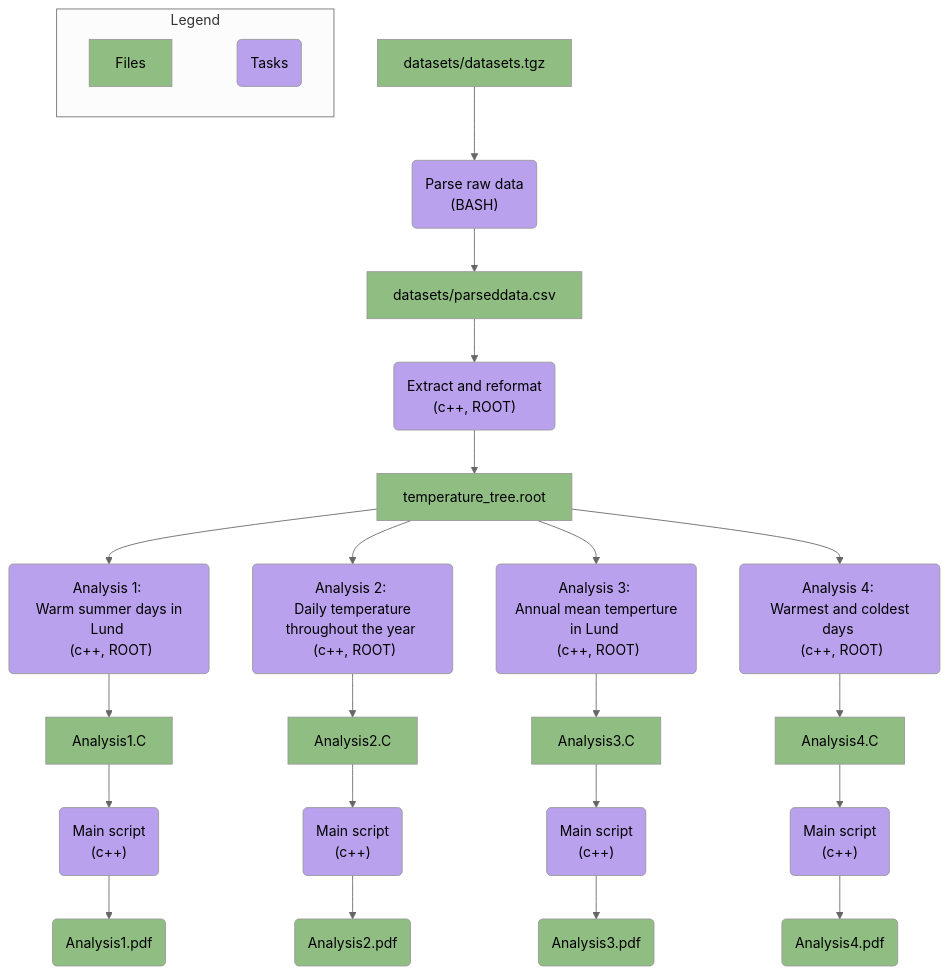
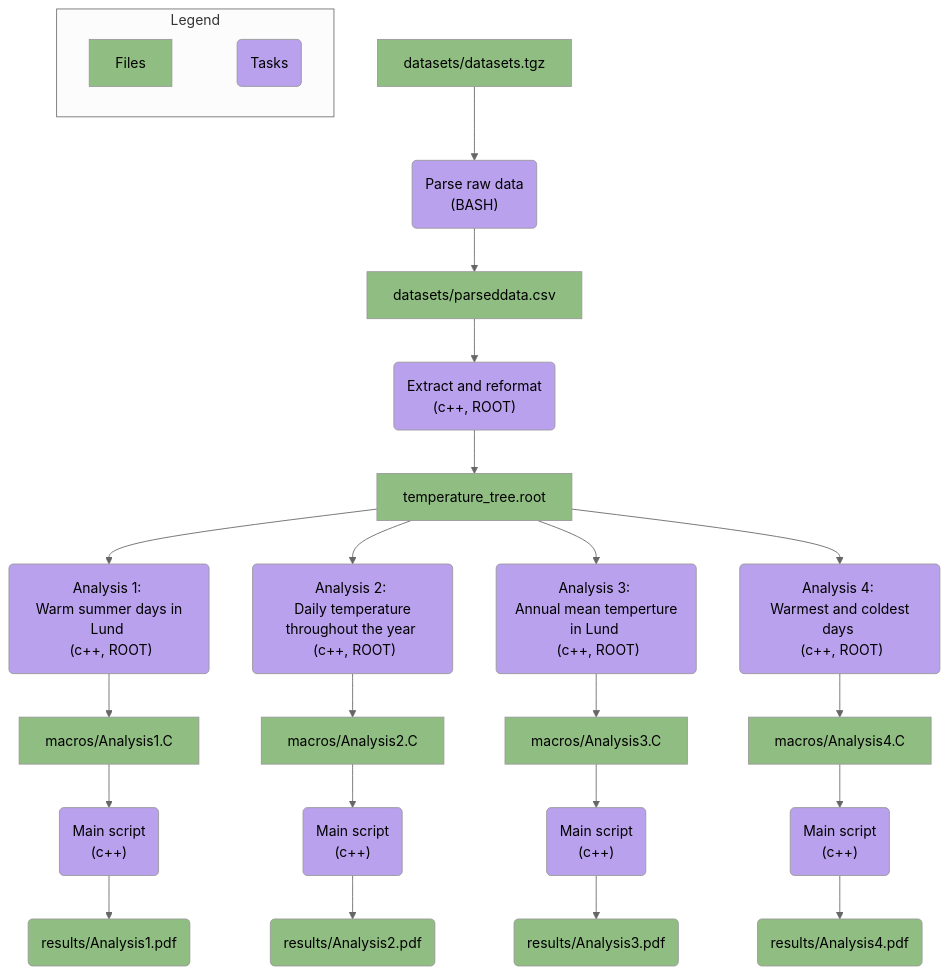
The diagram in Workplan.md (dchelidzemrics-design/MNXB11-Project), drawn with Mermaid before and after one commit.

````diff
--- a/Workplan.md
+++ b/Workplan.md
@@ -9,49 +9,49 @@
 ```mermaid
 %%{init: { 'theme':'neutral', 'fontSize': '11px'} }%%
 flowchart TD
     %% This will be the same for all analyses
     A["datasets/datasets.tgz"] --> B("Parse raw data <br> (BASH)")
     B --> C["datasets/parseddata.csv"]
     C --> D("Extract and reformat <br> (c++, ROOT)")
     D --> E["temperature_tree.root"]
 
     %% The seperate analyses
     E --> G("Analysis 1: <br> Warm summer days in Lund <br> (c++, ROOT)")
     E --> H("Analysis 2: <br> Daily temperature throughout the year <br> (c++, ROOT)")
     E --> I("Analysis 3: <br> Annual mean temperture in Lund <br> (c++, ROOT)")
     E --> J("Analysis 4: <br> Warmest and coldest days <br> (c++, ROOT)")
 
     %% Analysis 1 workflow
-    G --> G1["Analysis1.C"]
+    G --> G1["macros/Analysis1.C"]
     G1 --> G2("Main script <br> (c++)")
-    G2 --> G3("Analysis1.pdf")
+    G2 --> G3("results/Analysis1.pdf")
 
     %% Analysis 2 workflow
-    H --> H1["Analysis2.C"]
+    H --> H1["macros/Analysis2.C"]
     H1 --> H2("Main script <br> (c++)")
-    H2 --> H3("Analysis2.pdf")
+    H2 --> H3("results/Analysis2.pdf")
 
     %% Analysis 3 workflow
-    I --> I1["Analysis3.C"]
+    I --> I1["macros/Analysis3.C"]
     I1 --> I2("Main script <br> (c++)")
-    I2 --> I3("Analysis3.pdf")
+    I2 --> I3("results/Analysis3.pdf")
 
     %% Analysis 4 workflow
-    J --> J1["Analysis4.C"]
+    J --> J1["macros/Analysis4.C"]
     J1 --> J2("Main script <br> (c++)")
-    J2 --> J3("Analysis4.pdf")
+    J2 --> J3("results/Analysis4.pdf")
 
     %% Legend 
     subgraph Legend ["Legend"]
         direction LR
         L1["Files"] ~~~ L2("Tasks")
     end
 
     %% Seperate Files and Tasks into different classes
     %% with different colors
     classDef Files fill:#90bd82;
     classDef Tasks fill:#b9a1ed;
 
     class L1,A,C,E,G1,G3,H1,H3,I1,I3,J1,J3 Files;
     class L2,B,D,G,H,I,J,F,F2,G2,H2,I2,J2 Tasks;
 ```
````
